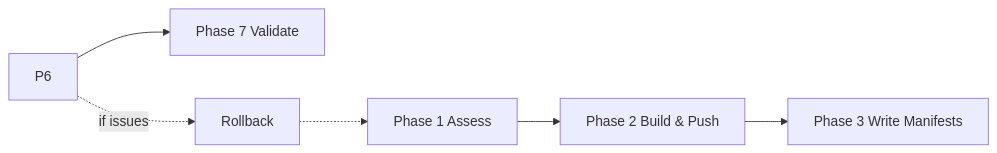
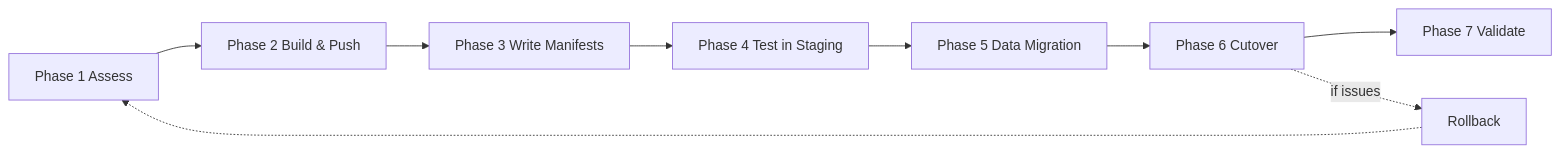
Before and after one commit to UncleJS/course_k3s: the first of 6 diagrams in 16_podman_to_k3s/04_migration_walkthrough.md, drawn with Mermaid. The commit also changed other lines of this file and 74 other files, not shown here.

````diff
--- a/16_podman_to_k3s/04_migration_walkthrough.md
+++ b/16_podman_to_k3s/04_migration_walkthrough.md
@@ -27,8 +27,11 @@
 ```mermaid
 flowchart LR
     P1[Phase 1 Assess] --> P2[Phase 2 Build & Push]
     P2 --> P3[Phase 3 Write Manifests]
+    P3 --> P4[Phase 4 Test in Staging]
+    P4 --> P5[Phase 5 Data Migration]
+    P5 --> P6[Phase 6 Cutover]
     P6 --> P7[Phase 7 Validate]
     P6 -.->|if issues| RB[Rollback]
     RB -.-> P1
 ```
````
